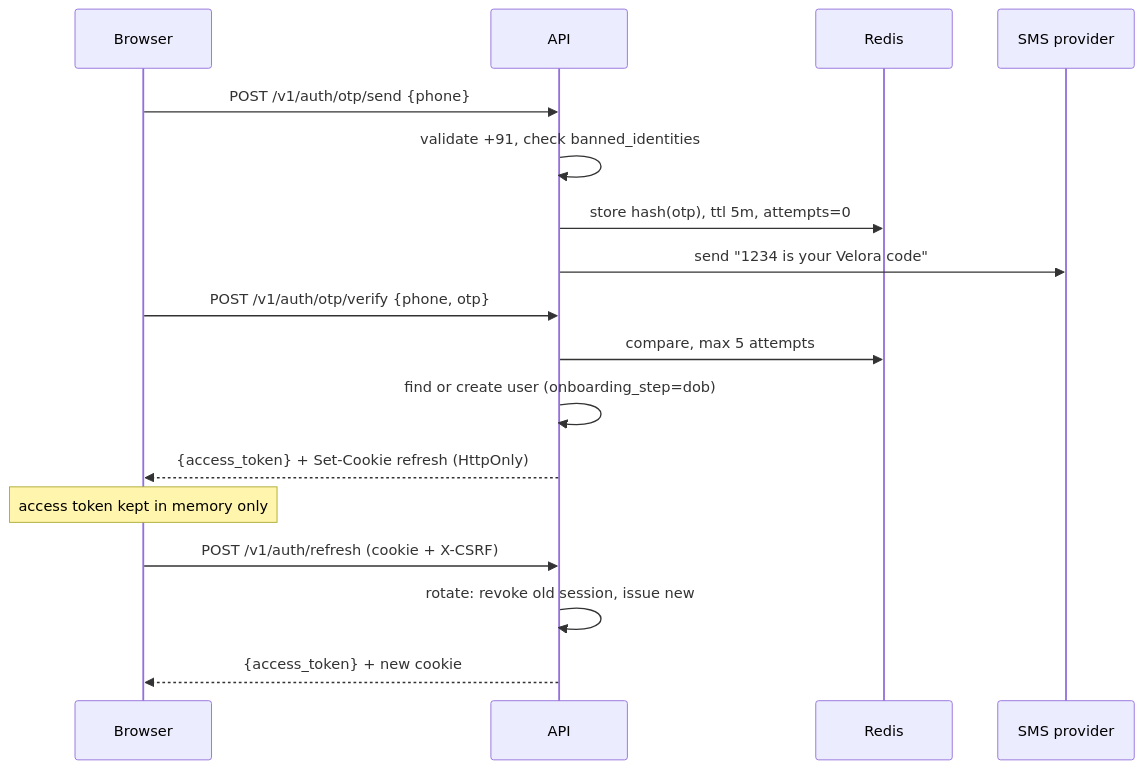
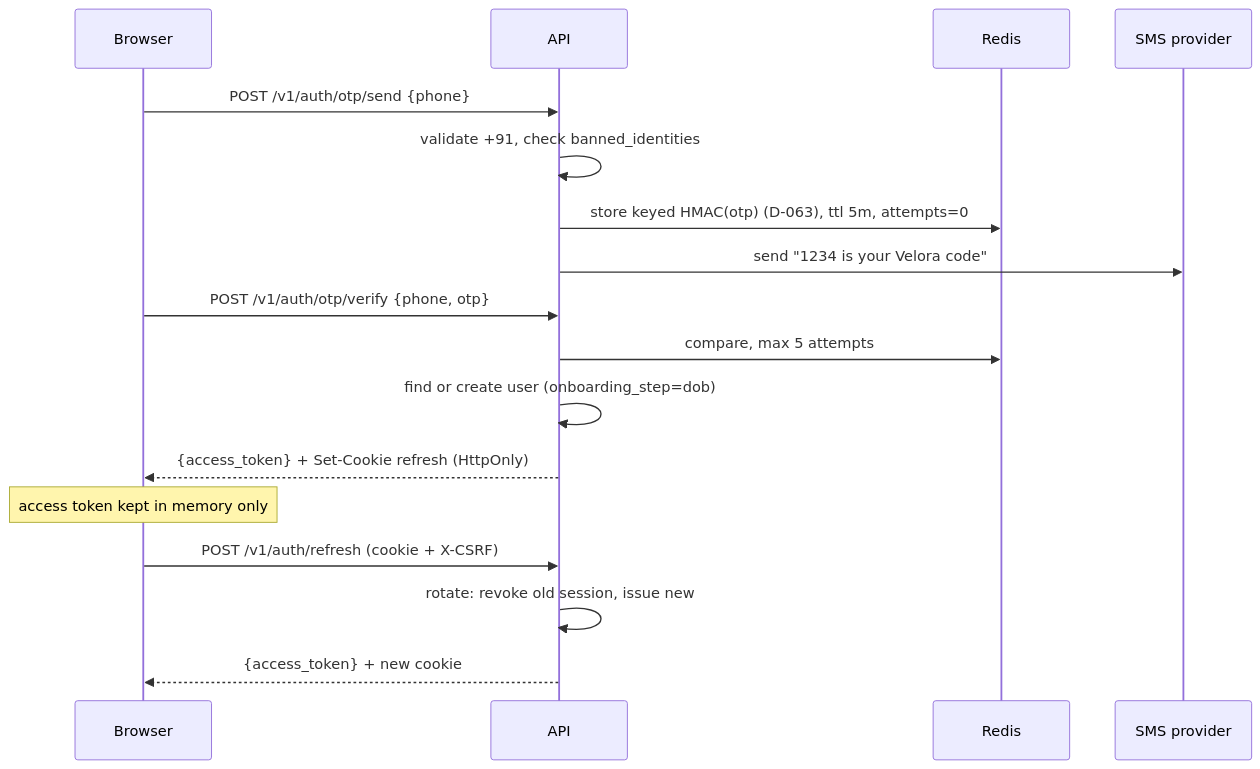
Before and after one commit to shubhamom0820-SK/velora: the third of 3 diagrams in docs/02-ARCHITECTURE.md, drawn with Mermaid. The commit also changed other lines of this file and 21 other files, not shown here.

````diff
--- a/docs/02-ARCHITECTURE.md
+++ b/docs/02-ARCHITECTURE.md
@@ -105,19 +105,19 @@
 ```mermaid
 sequenceDiagram
   participant B as Browser
   participant A as API
   participant R as Redis
   participant S as SMS provider
   B->>A: POST /v1/auth/otp/send {phone}
   A->>A: validate +91, check banned_identities
-  A->>R: store hash(otp), ttl 5m, attempts=0
+  A->>R: store keyed HMAC(otp) (D-063), ttl 5m, attempts=0
   A->>S: send "1234 is your Velora code"
   B->>A: POST /v1/auth/otp/verify {phone, otp}
   A->>R: compare, max 5 attempts
   A->>A: find or create user (onboarding_step=dob)
   A-->>B: {access_token} + Set-Cookie refresh (HttpOnly)
   Note over B: access token kept in memory only
   B->>A: POST /v1/auth/refresh (cookie + X-CSRF)
   A->>A: rotate: revoke old session, issue new
   A-->>B: {access_token} + new cookie
 ```
````
